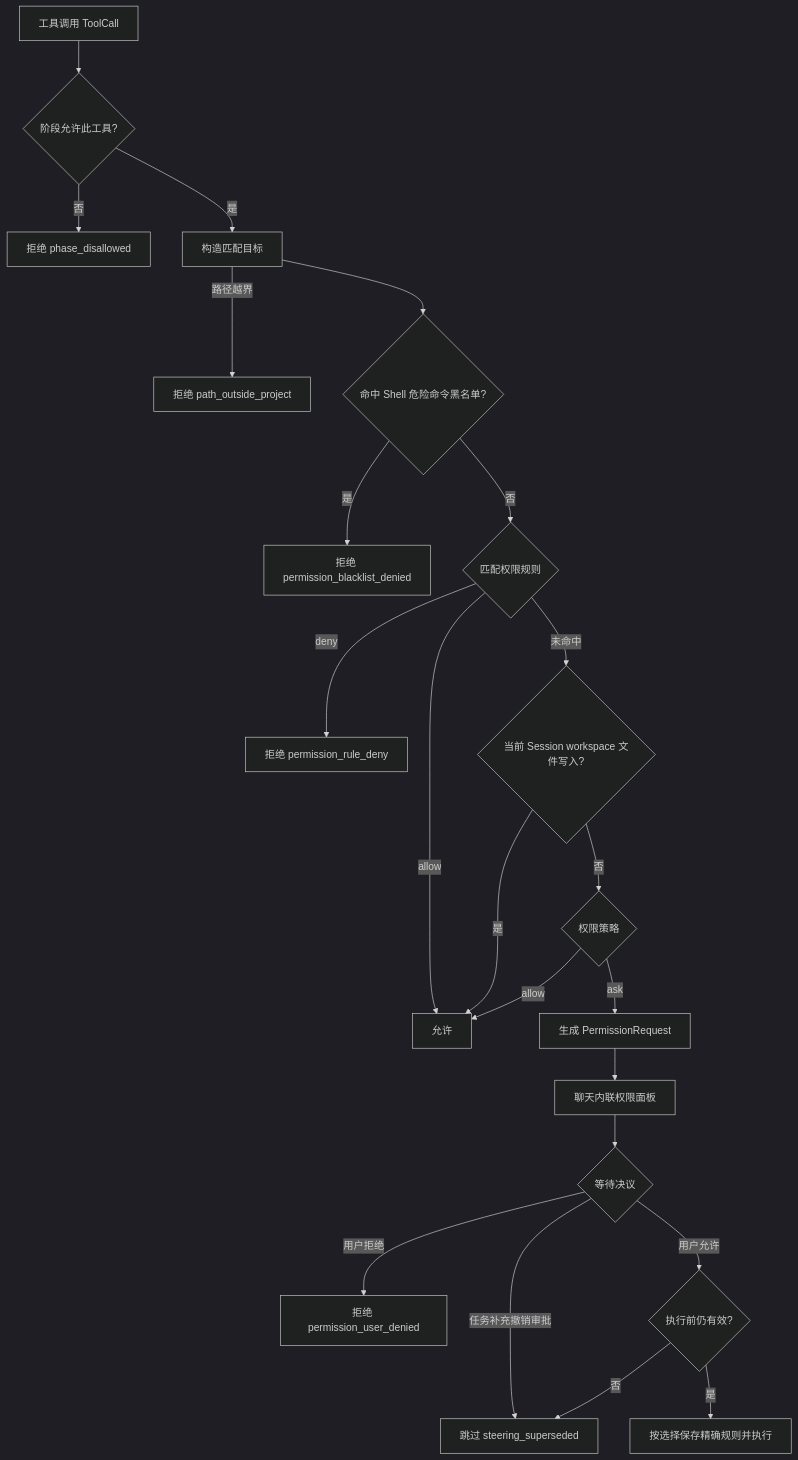
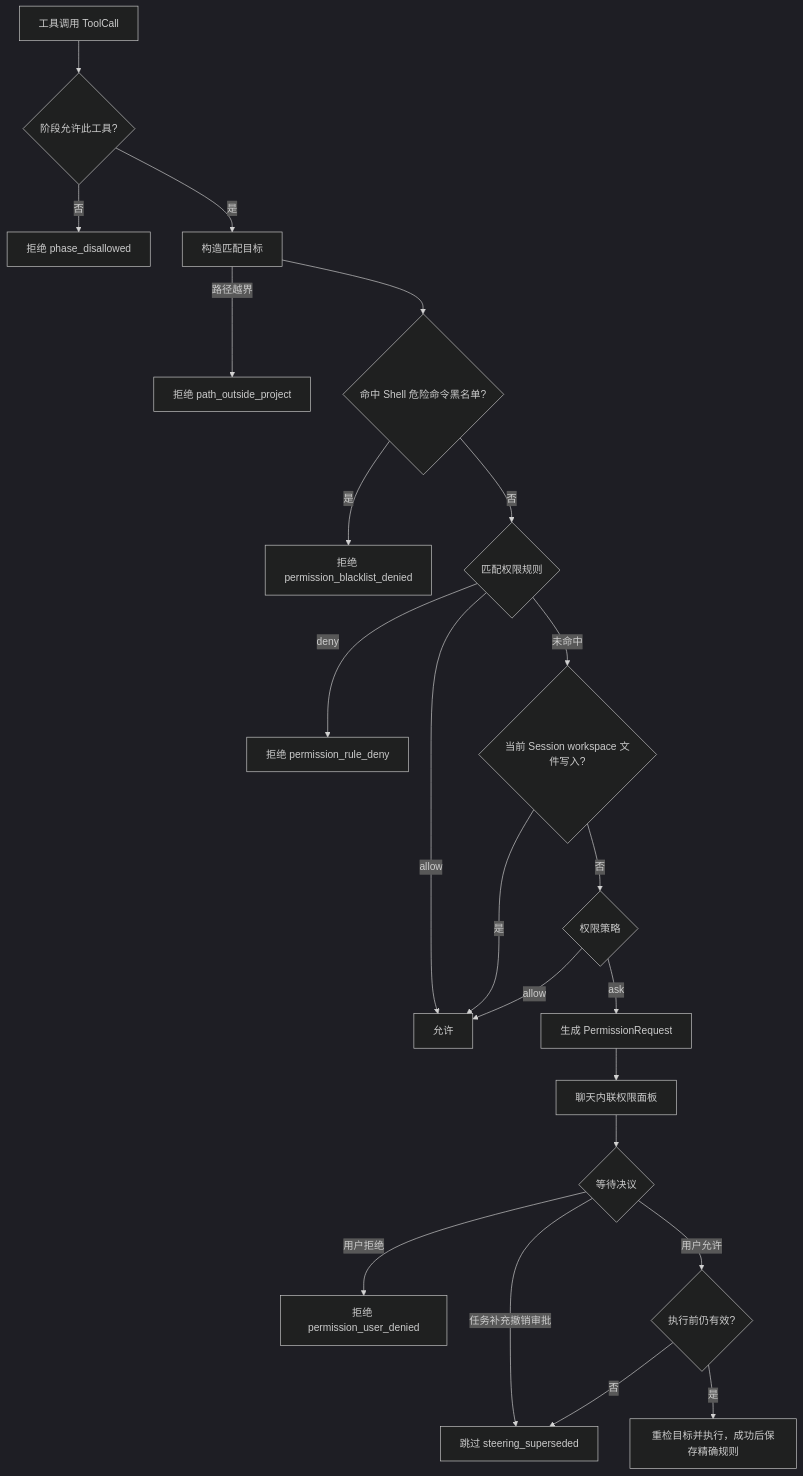
Before and after one commit to LangYiSheng/LanCher-Code: the diagram in docs/workflows/permission-flow.md, drawn with Mermaid (dark theme). The commit also changed other lines of this file and 34 other files, not shown here.

````diff
--- a/docs/workflows/permission-flow.md
+++ b/docs/workflows/permission-flow.md
@@ -25,24 +25,24 @@
 ```mermaid
 flowchart TD
     A[工具调用 ToolCall] --> B{阶段允许此工具?}
     B -->|否| D[拒绝 phase_disallowed]
     B -->|是| C[构造匹配目标]
     C -->|路径越界| E[拒绝 path_outside_project]
     C --> F{命中 Shell 危险命令黑名单?}
     F -->|是| G[拒绝 permission_blacklist_denied]
     F -->|否| H{匹配权限规则}
     H -->|allow| K[允许]
     H -->|deny| I[拒绝 permission_rule_deny]
     H -->|未命中| W{当前 Session workspace 文件写入?}
     W -->|是| K
     W -->|否| J{权限策略}
     J -->|allow| K
     J -->|ask| L[生成 PermissionRequest]
     L --> M[聊天内联权限面板]
     M --> N{等待决议}
     N -->|用户拒绝| O[拒绝 permission_user_denied]
     N -->|任务补充撤销审批| P[跳过 steering_superseded]
     N -->|用户允许| Q{执行前仍有效?}
     Q -->|否| P
-    Q -->|是| R[按选择保存精确规则并执行]
+    Q -->|是| R[重检目标并执行，成功后保存精确规则]
 ```
````
